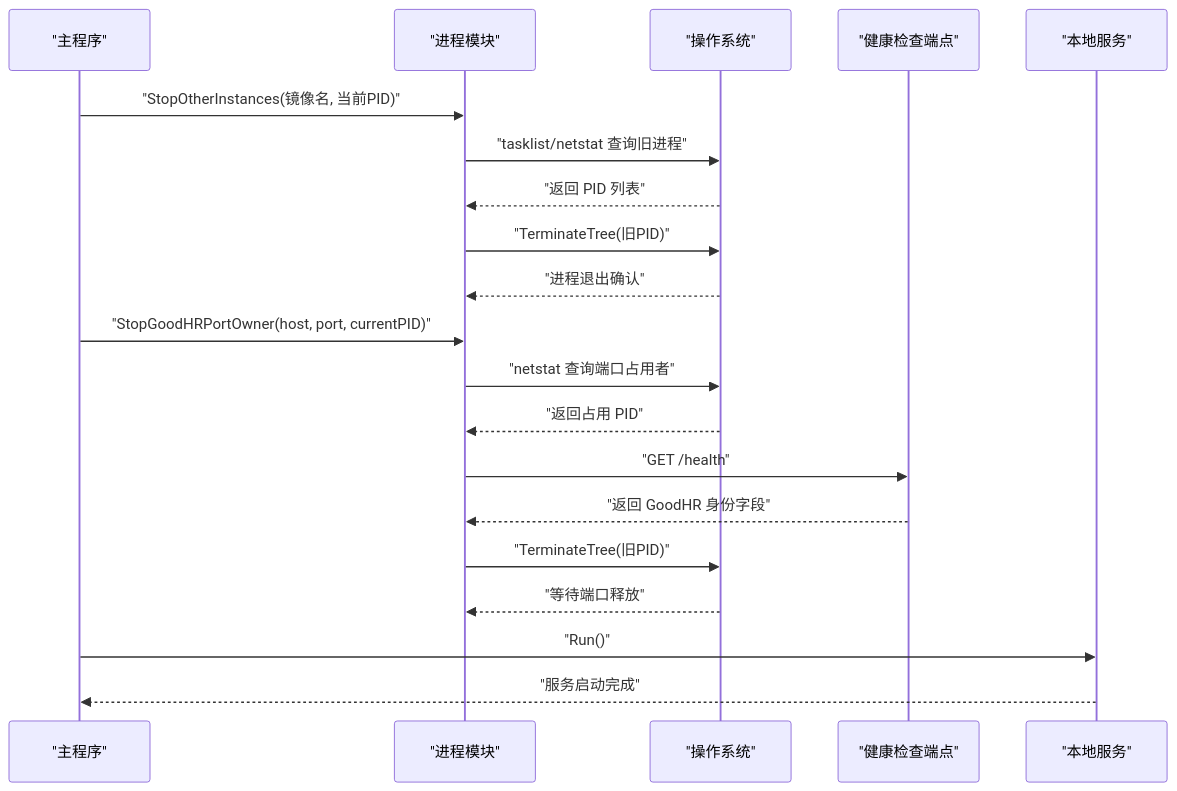
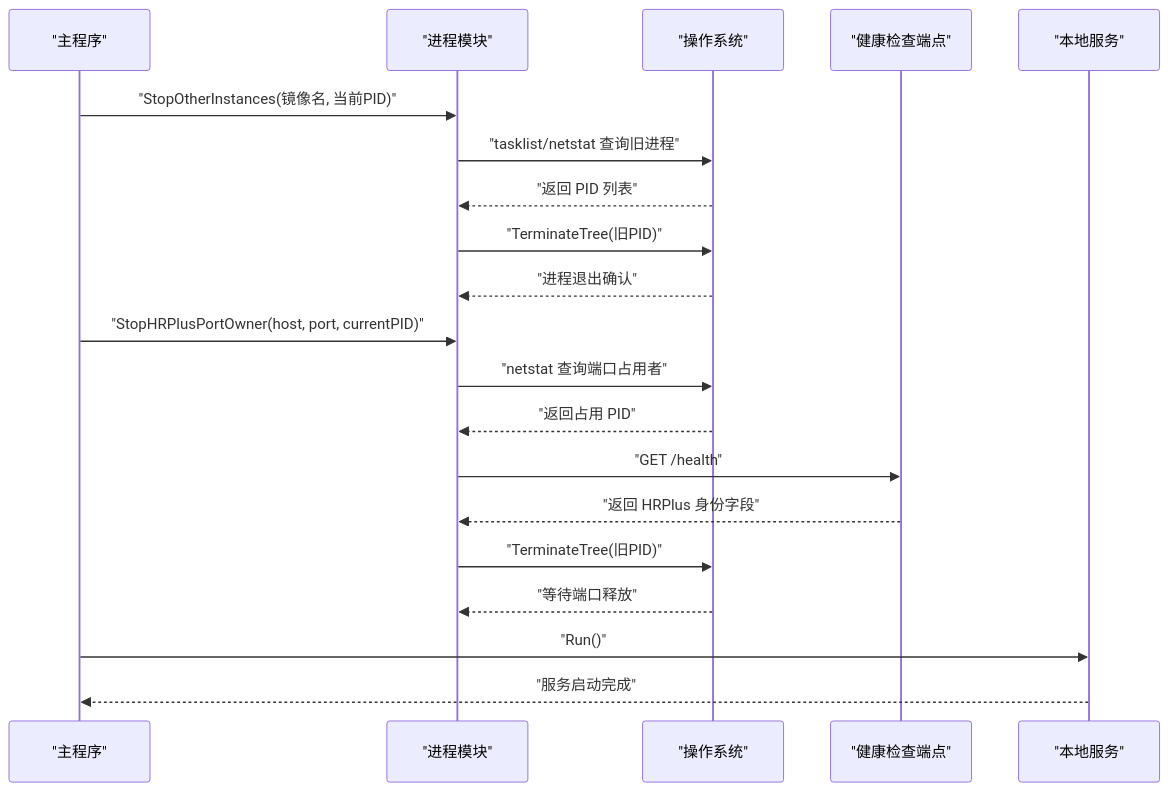
The second of 8 diagrams in .qoder/repowiki/zh/content/本地执行器/核心架构/进程控制.md (alvinwangzi/goodhr), drawn with Mermaid before and after one commit. The commit also changed other lines of this file and 83 other files, not shown here.

Commit message:
docs: .qoder/repowiki 知识库品牌名 GoodHR 统一改为 HRPlus

````diff
--- a/.qoder/repowiki/zh/content/本地执行器/核心架构/进程控制.md
+++ b/.qoder/repowiki/zh/content/本地执行器/核心架构/进程控制.md
@@ -93,22 +93,22 @@
 ```mermaid
 sequenceDiagram
 participant Main as "主程序"
 participant Proc as "进程模块"
 participant OS as "操作系统"
 participant Health as "健康检查端点"
 participant Server as "本地服务"
 Main->>Proc : "StopOtherInstances(镜像名, 当前PID)"
 Proc->>OS : "tasklist/netstat 查询旧进程"
 OS-->>Proc : "返回 PID 列表"
 Proc->>OS : "TerminateTree(旧PID)"
 OS-->>Proc : "进程退出确认"
-Main->>Proc : "StopGoodHRPortOwner(host, port, currentPID)"
+Main->>Proc : "StopHRPlusPortOwner(host, port, currentPID)"
 Proc->>OS : "netstat 查询端口占用者"
 OS-->>Proc : "返回占用 PID"
 Proc->>Health : "GET /health"
-Health-->>Proc : "返回 GoodHR 身份字段"
+Health-->>Proc : "返回 HRPlus 身份字段"
 Proc->>OS : "TerminateTree(旧PID)"
 OS-->>Proc : "等待端口释放"
 Main->>Server : "Run()"
 Server-->>Main : "服务启动完成"
 ```
````
